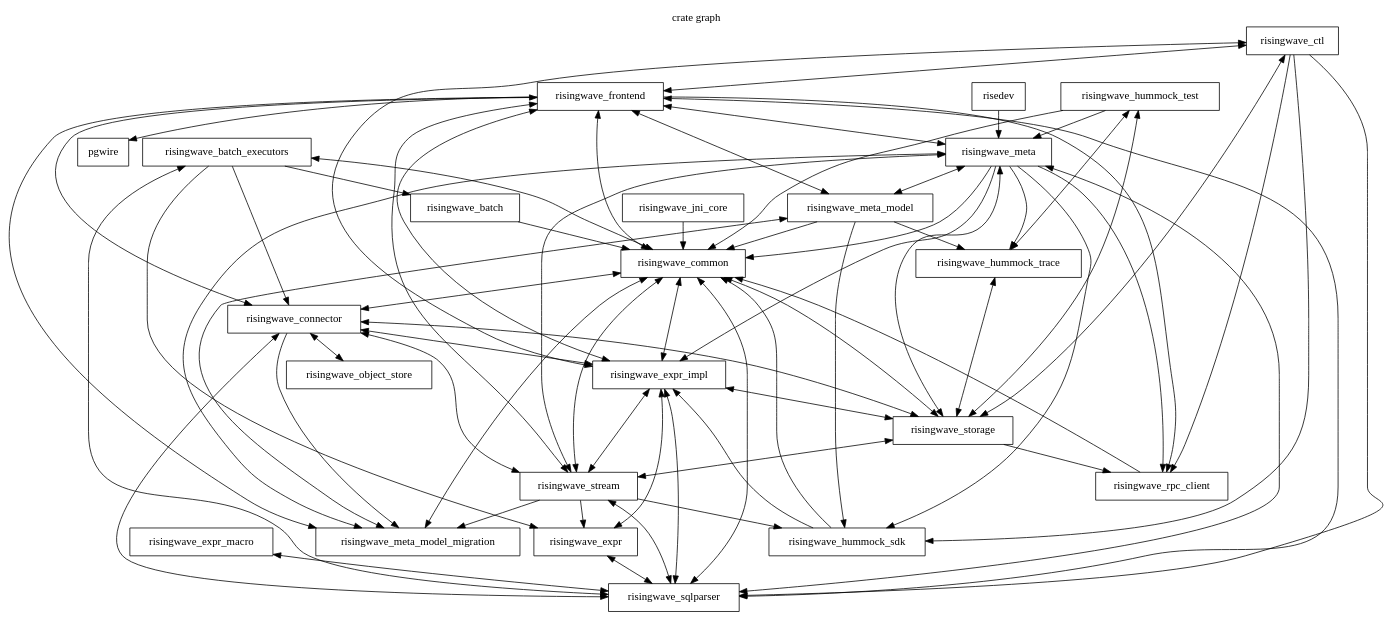
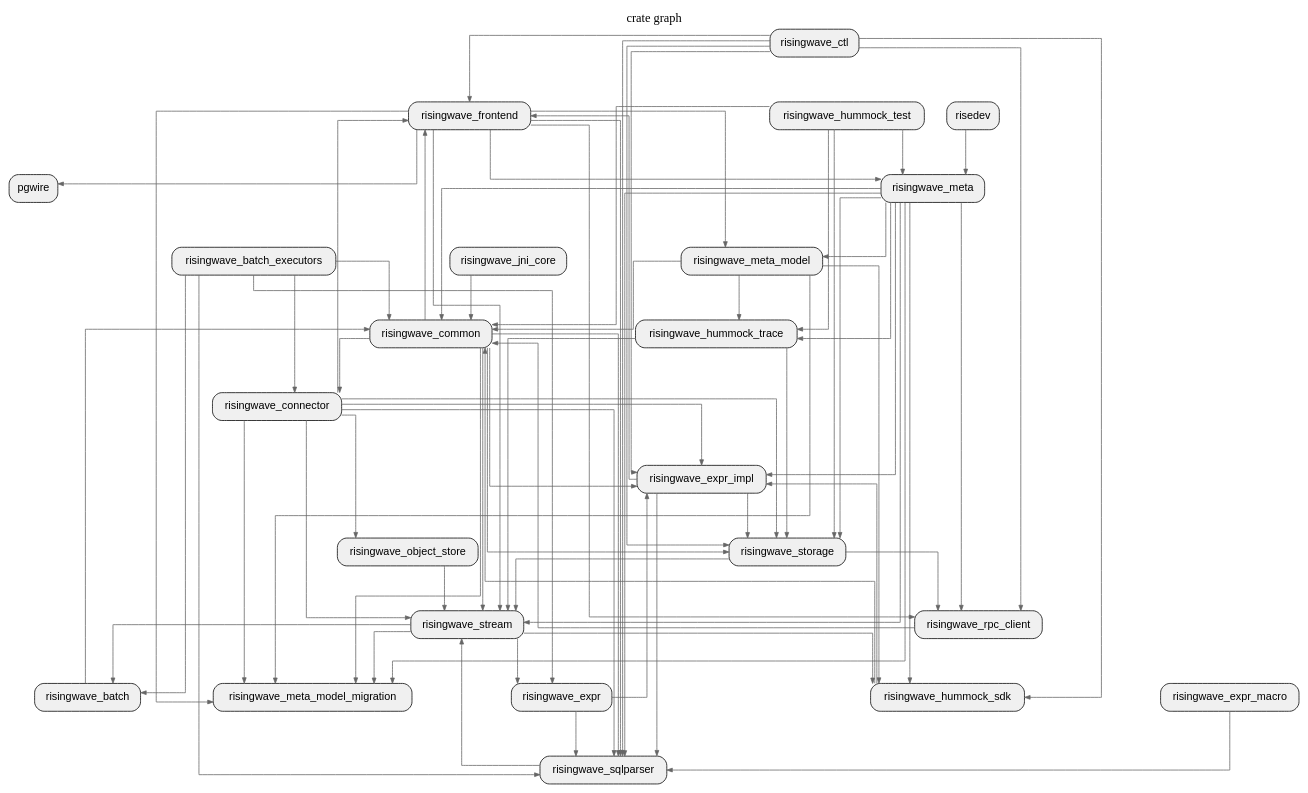
Before and after one commit to allenanswerzq/llmcc: the diagram in sample/risingwave-pagerank/depth_1_crate.dot, drawn with Graphviz. The commit also changed 249 other files, not shown here.

```diff
--- a/sample/risingwave-pagerank/depth_1_crate.dot
+++ b/sample/risingwave-pagerank/depth_1_crate.dot
@@ -1,101 +1,113 @@
 digraph architecture {
-  node [shape=box];
+  // Layout settings
+  rankdir=TB;
+  ranksep=0.8;
+  nodesep=0.4;
+  splines=ortho;
+  concentrate=true;
+
+  node [shape=box, style="rounded,filled", fillcolor="#f0f0f0", fontname="Helvetica"];
+  edge [color="#666666", arrowsize=0.7];
 
   label="crate graph";
   labelloc=t;
+  fontsize=16;
+  fontname="Helvetica Bold";
 
   crate_pgwire[label="pgwire"];
   crate_risedev[label="risedev"];
   crate_risingwave_batch[label="risingwave_batch"];
   crate_risingwave_batch_executors[label="risingwave_batch_executors"];
   crate_risingwave_common[label="risingwave_common"];
   crate_risingwave_connector[label="risingwave_connector"];
   crate_risingwave_ctl[label="risingwave_ctl"];
   crate_risingwave_expr[label="risingwave_expr"];
   crate_risingwave_expr_impl[label="risingwave_expr_impl"];
   crate_risingwave_expr_macro[label="risingwave_expr_macro"];
   crate_risingwave_frontend[label="risingwave_frontend"];
   crate_risingwave_hummock_sdk[label="risingwave_hummock_sdk"];
   crate_risingwave_hummock_test[label="risingwave_hummock_test"];
   crate_risingwave_hummock_trace[label="risingwave_hummock_trace"];
   crate_risingwave_jni_core[label="risingwave_jni_core"];
   crate_risingwave_meta[label="risingwave_meta"];
   crate_risingwave_meta_model[label="risingwave_meta_model"];
   crate_risingwave_meta_model_migration[label="risingwave_meta_model_migration"];
   crate_risingwave_object_store[label="risingwave_object_store"];
   crate_risingwave_rpc_client[label="risingwave_rpc_client"];
   crate_risingwave_sqlparser[label="risingwave_sqlparser"];
   crate_risingwave_storage[label="risingwave_storage"];
   crate_risingwave_stream[label="risingwave_stream"];
 
   crate_risedev -> crate_risingwave_meta;
   crate_risingwave_batch -> crate_risingwave_common;
   crate_risingwave_batch_executors -> crate_risingwave_batch;
-  crate_risingwave_batch_executors -> crate_risingwave_common [dir=both];
+  crate_risingwave_batch_executors -> crate_risingwave_common;
   crate_risingwave_batch_executors -> crate_risingwave_connector;
   crate_risingwave_batch_executors -> crate_risingwave_expr;
-  crate_risingwave_batch_executors -> crate_risingwave_sqlparser [dir=both];
-  crate_risingwave_common -> crate_risingwave_connector [dir=both];
-  crate_risingwave_common -> crate_risingwave_expr_impl [dir=both];
-  crate_risingwave_common -> crate_risingwave_frontend [dir=both];
-  crate_risingwave_common -> crate_risingwave_meta_model_migration [dir=both];
-  crate_risingwave_common -> crate_risingwave_sqlparser [dir=both];
-  crate_risingwave_common -> crate_risingwave_storage [dir=both];
-  crate_risingwave_common -> crate_risingwave_stream [dir=both];
-  crate_risingwave_connector -> crate_risingwave_expr_impl [dir=both];
-  crate_risingwave_connector -> crate_risingwave_frontend [dir=both];
+  crate_risingwave_batch_executors -> crate_risingwave_sqlparser;
+  crate_risingwave_common -> crate_risingwave_connector;
+  crate_risingwave_common -> crate_risingwave_expr_impl;
+  crate_risingwave_common -> crate_risingwave_frontend;
+  crate_risingwave_common -> crate_risingwave_meta_model_migration;
+  crate_risingwave_common -> crate_risingwave_sqlparser;
+  crate_risingwave_common -> crate_risingwave_storage;
+  crate_risingwave_common -> crate_risingwave_stream;
+  crate_risingwave_connector -> crate_risingwave_expr_impl;
+  crate_risingwave_connector -> crate_risingwave_frontend;
   crate_risingwave_connector -> crate_risingwave_meta_model_migration;
-  crate_risingwave_connector -> crate_risingwave_object_store [dir=both];
-  crate_risingwave_connector -> crate_risingwave_sqlparser [dir=both];
-  crate_risingwave_connector -> crate_risingwave_storage [dir=both];
-  crate_risingwave_connector -> crate_risingwave_stream [dir=both];
-  crate_risingwave_ctl -> crate_risingwave_expr_impl [dir=both];
-  crate_risingwave_ctl -> crate_risingwave_frontend [dir=both];
+  crate_risingwave_connector -> crate_risingwave_object_store;
+  crate_risingwave_connector -> crate_risingwave_sqlparser;
+  crate_risingwave_connector -> crate_risingwave_storage;
+  crate_risingwave_connector -> crate_risingwave_stream;
+  crate_risingwave_ctl -> crate_risingwave_expr_impl;
+  crate_risingwave_ctl -> crate_risingwave_frontend;
   crate_risingwave_ctl -> crate_risingwave_hummock_sdk;
   crate_risingwave_ctl -> crate_risingwave_rpc_client;
   crate_risingwave_ctl -> crate_risingwave_sqlparser;
-  crate_risingwave_ctl -> crate_risingwave_storage [dir=both];
-  crate_risingwave_expr -> crate_risingwave_expr_impl [dir=both];
-  crate_risingwave_expr -> crate_risingwave_sqlparser [dir=both];
-  crate_risingwave_expr_impl -> crate_risingwave_frontend [dir=both];
-  crate_risingwave_expr_impl -> crate_risingwave_sqlparser [dir=both];
-  crate_risingwave_expr_impl -> crate_risingwave_storage [dir=both];
-  crate_risingwave_expr_impl -> crate_risingwave_stream [dir=both];
-  crate_risingwave_expr_macro -> crate_risingwave_sqlparser [dir=both];
+  crate_risingwave_ctl -> crate_risingwave_storage;
+  crate_risingwave_expr -> crate_risingwave_expr_impl;
+  crate_risingwave_expr -> crate_risingwave_sqlparser;
+  crate_risingwave_expr_impl -> crate_risingwave_frontend;
+  crate_risingwave_expr_impl -> crate_risingwave_sqlparser;
+  crate_risingwave_expr_impl -> crate_risingwave_storage;
+  crate_risingwave_expr_macro -> crate_risingwave_sqlparser;
   crate_risingwave_frontend -> crate_pgwire;
-  crate_risingwave_frontend -> crate_risingwave_meta [dir=both];
-  crate_risingwave_frontend -> crate_risingwave_meta_model [dir=both];
+  crate_risingwave_frontend -> crate_risingwave_meta;
+  crate_risingwave_frontend -> crate_risingwave_meta_model;
   crate_risingwave_frontend -> crate_risingwave_meta_model_migration;
   crate_risingwave_frontend -> crate_risingwave_rpc_client;
-  crate_risingwave_frontend -> crate_risingwave_sqlparser [dir=both];
-  crate_risingwave_frontend -> crate_risingwave_stream [dir=both];
+  crate_risingwave_frontend -> crate_risingwave_sqlparser;
+  crate_risingwave_frontend -> crate_risingwave_stream;
   crate_risingwave_hummock_sdk -> crate_risingwave_common;
   crate_risingwave_hummock_sdk -> crate_risingwave_expr_impl;
   crate_risingwave_hummock_test -> crate_risingwave_common;
-  crate_risingwave_hummock_test -> crate_risingwave_hummock_trace [dir=both];
+  crate_risingwave_hummock_test -> crate_risingwave_hummock_trace;
   crate_risingwave_hummock_test -> crate_risingwave_meta;
-  crate_risingwave_hummock_test -> crate_risingwave_storage [dir=both];
-  crate_risingwave_hummock_trace -> crate_risingwave_storage [dir=both];
+  crate_risingwave_hummock_test -> crate_risingwave_storage;
+  crate_risingwave_hummock_trace -> crate_risingwave_storage;
+  crate_risingwave_hummock_trace -> crate_risingwave_stream;
   crate_risingwave_jni_core -> crate_risingwave_common;
   crate_risingwave_meta -> crate_risingwave_common;
   crate_risingwave_meta -> crate_risingwave_expr_impl;
   crate_risingwave_meta -> crate_risingwave_hummock_sdk;
   crate_risingwave_meta -> crate_risingwave_hummock_trace;
-  crate_risingwave_meta -> crate_risingwave_meta_model [dir=both];
-  crate_risingwave_meta -> crate_risingwave_meta_model_migration [dir=both];
+  crate_risingwave_meta -> crate_risingwave_meta_model;
+  crate_risingwave_meta -> crate_risingwave_meta_model_migration;
   crate_risingwave_meta -> crate_risingwave_rpc_client;
-  crate_risingwave_meta -> crate_risingwave_sqlparser [dir=both];
-  crate_risingwave_meta -> crate_risingwave_storage [dir=both];
-  crate_risingwave_meta -> crate_risingwave_stream [dir=both];
+  crate_risingwave_meta -> crate_risingwave_sqlparser;
+  crate_risingwave_meta -> crate_risingwave_storage;
+  crate_risingwave_meta -> crate_risingwave_stream;
   crate_risingwave_meta_model -> crate_risingwave_common;
   crate_risingwave_meta_model -> crate_risingwave_hummock_sdk;
   crate_risingwave_meta_model -> crate_risingwave_hummock_trace;
-  crate_risingwave_meta_model -> crate_risingwave_meta_model_migration [dir=both];
+  crate_risingwave_meta_model -> crate_risingwave_meta_model_migration;
+  crate_risingwave_object_store -> crate_risingwave_stream;
   crate_risingwave_rpc_client -> crate_risingwave_common;
-  crate_risingwave_sqlparser -> crate_risingwave_stream [dir=both];
+  crate_risingwave_sqlparser -> crate_risingwave_stream;
   crate_risingwave_storage -> crate_risingwave_rpc_client;
-  crate_risingwave_storage -> crate_risingwave_stream [dir=both];
+  crate_risingwave_storage -> crate_risingwave_stream;
+  crate_risingwave_stream -> crate_risingwave_batch;
   crate_risingwave_stream -> crate_risingwave_expr;
   crate_risingwave_stream -> crate_risingwave_hummock_sdk;
   crate_risingwave_stream -> crate_risingwave_meta_model_migration;
 }
```
